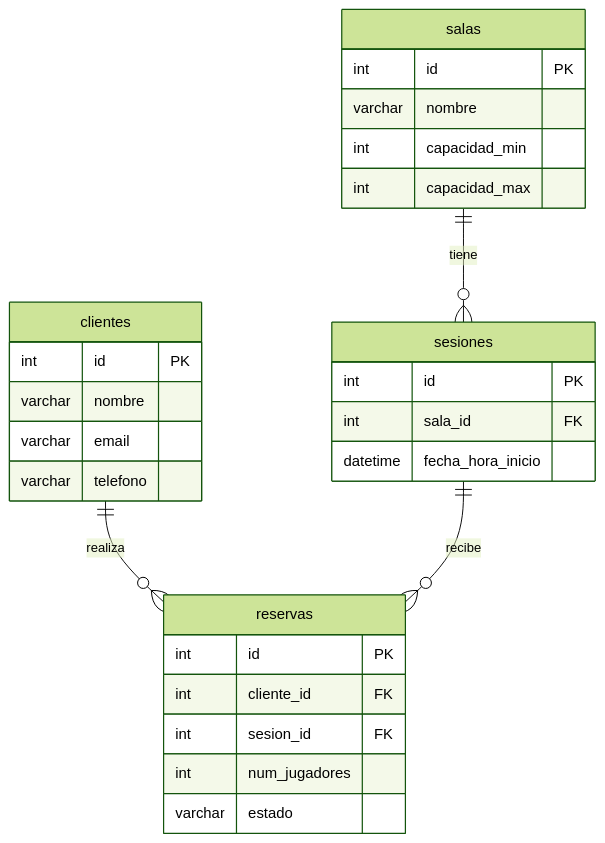
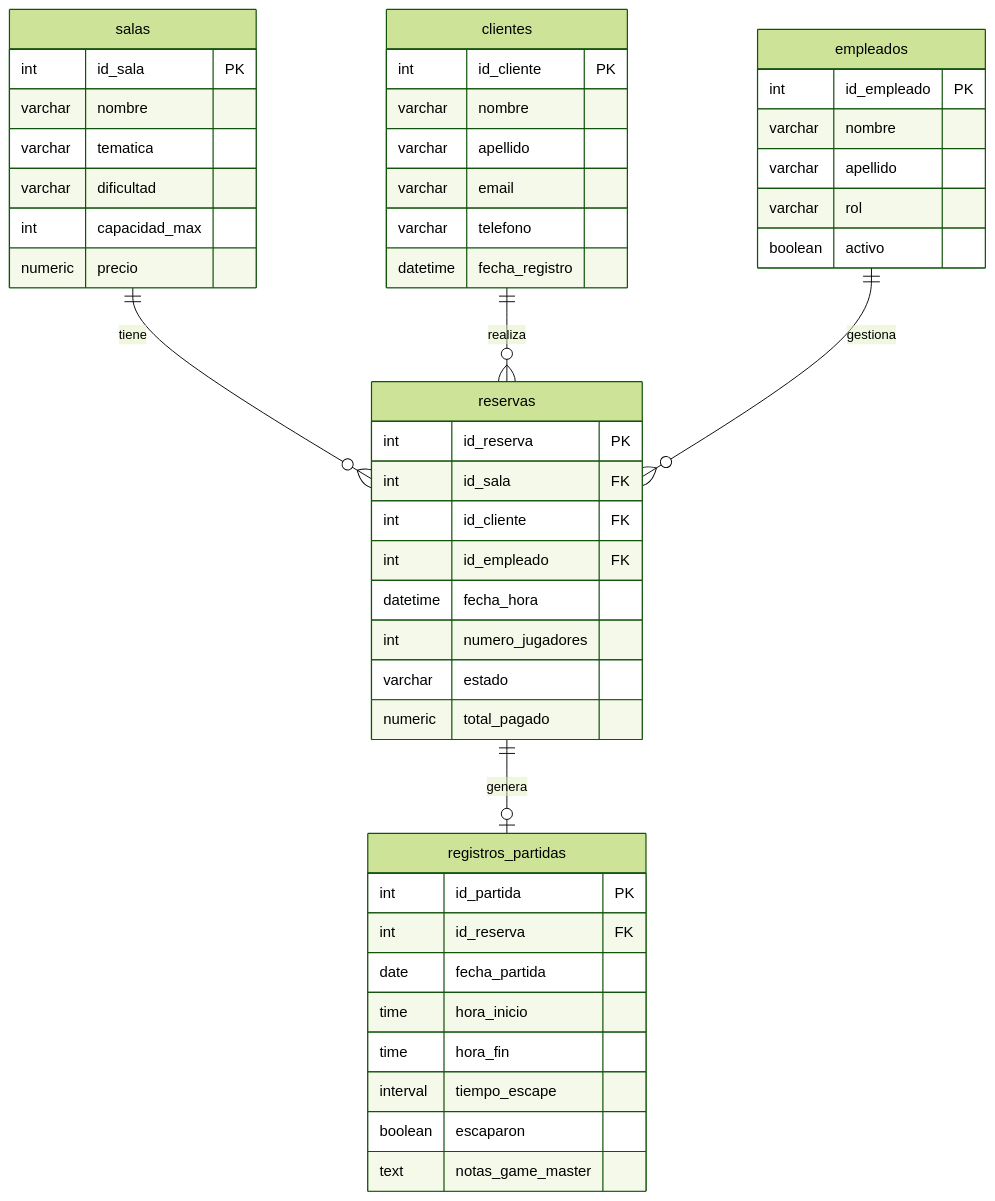
Before and after one commit to Bootcamp-IA-MAD-P7/proyecto2-grupo3: the diagram in README.md, drawn with Mermaid (forest theme). The commit also changed other lines of this file, not shown here.

````diff
--- a/README.md
+++ b/README.md
@@ -202,34 +234,55 @@
 ```mermaid
 erDiagram
   salas {
-    int id PK
+    int id_sala PK
     varchar nombre
-    int capacidad_min
+    varchar tematica
+    varchar dificultad
     int capacidad_max
+    numeric precio
   }
 
   clientes {
-    int id PK
+    int id_cliente PK
     varchar nombre
+    varchar apellido
     varchar email
     varchar telefono
+    datetime fecha_registro
   }
 
-  sesiones {
-    int id PK
-    int sala_id FK
-    datetime fecha_hora_inicio
+  empleados {
+    int id_empleado PK
+    varchar nombre
+    varchar apellido
+    varchar rol
+    boolean activo
   }
 
   reservas {
-    int id PK
-    int cliente_id FK
-    int sesion_id FK
-    int num_jugadores
+    int id_reserva PK
+    int id_sala FK
+    int id_cliente FK
+    int id_empleado FK
+    datetime fecha_hora
+    int numero_jugadores
     varchar estado
+    numeric total_pagado
   }
 
-  salas ||--o{ sesiones : "tiene"
+  registros_partidas {
+    int id_partida PK
+    int id_reserva FK
+    date fecha_partida
+    time hora_inicio
+    time hora_fin
+    interval tiempo_escape
+    boolean escaparon
+    text notas_game_master
+  }
+
+  salas ||--o{ reservas : "tiene"
   clientes ||--o{ reservas : "realiza"
-  sesiones ||--o{ reservas : "recibe"
+  empleados ||--o{ reservas : "gestiona"
+  reservas ||--o| registros_partidas : "genera"
 ```
````
